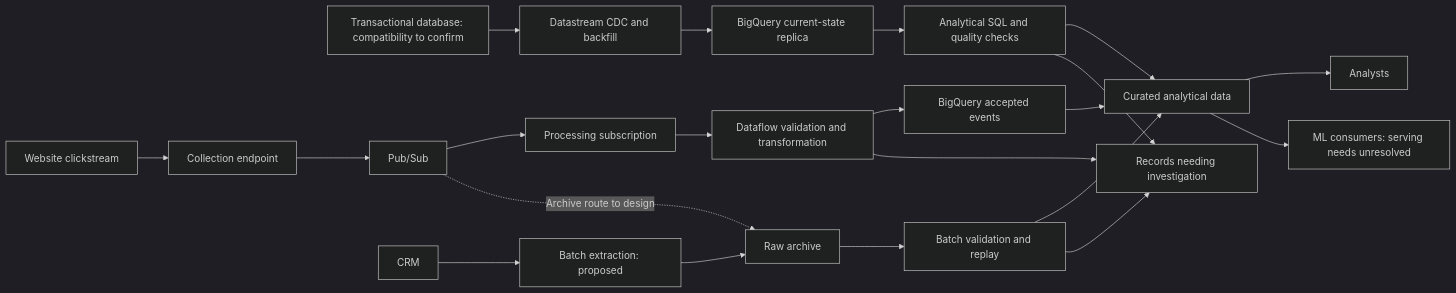
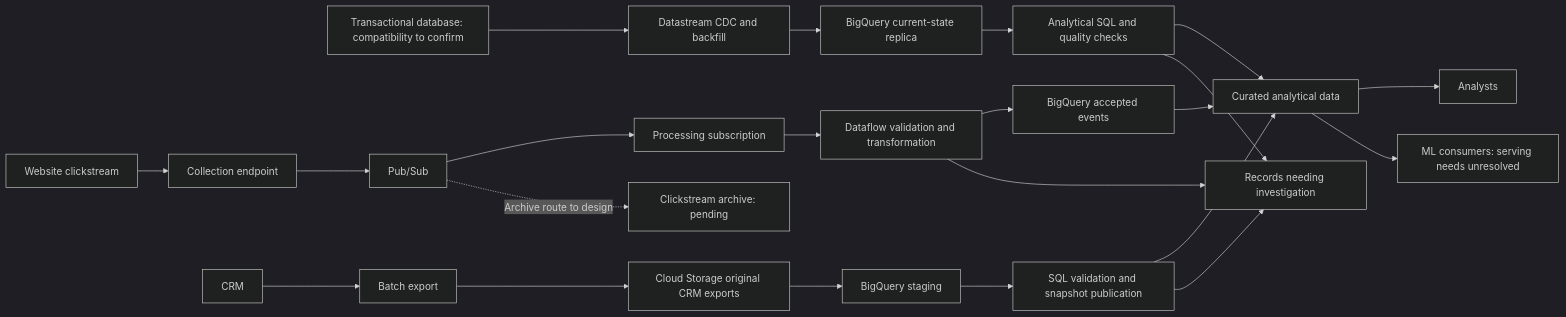
The diagram in docs/architecture.md (JamieLCampbell/SeniorEngineerJobApplication), drawn with Mermaid (dark theme) before and after one commit. The commit also changed other lines of this file and 5 other files, not shown here.

First line of the commit message:
Stage CRM exports before refreshing reports

````diff
--- a/docs/architecture.md
+++ b/docs/architecture.md
@@ -11,23 +11,24 @@
 ```mermaid
 flowchart LR
     T[Transactional database: compatibility to confirm] --> D[Datastream CDC and backfill]
     D --> W[BigQuery current-state replica]
     W --> S[Analytical SQL and quality checks]
     S --> Q[Curated analytical data]
     C[Website clickstream] --> H[Collection endpoint]
     H --> E[Pub/Sub]
     E --> U[Processing subscription]
     U --> P[Dataflow validation and transformation]
-    E -. Archive route to design .-> R[Raw archive]
-    M[CRM] --> B[Batch extraction: proposed]
-    B --> R
-    R --> X[Batch validation and replay]
+    E -. Archive route to design .-> R[Clickstream archive: pending]
+    M[CRM] --> B[Batch export]
+    B --> G[Cloud Storage original CRM exports]
+    G --> J[BigQuery staging]
+    J --> X[SQL validation and snapshot publication]
     P --> V[BigQuery accepted events]
     V --> Q
     X --> Q
     P --> I[Records needing investigation]
     X --> I
     S --> I
     Q --> A[Analysts]
     Q --> L[ML consumers: serving needs unresolved]
 ```
````
